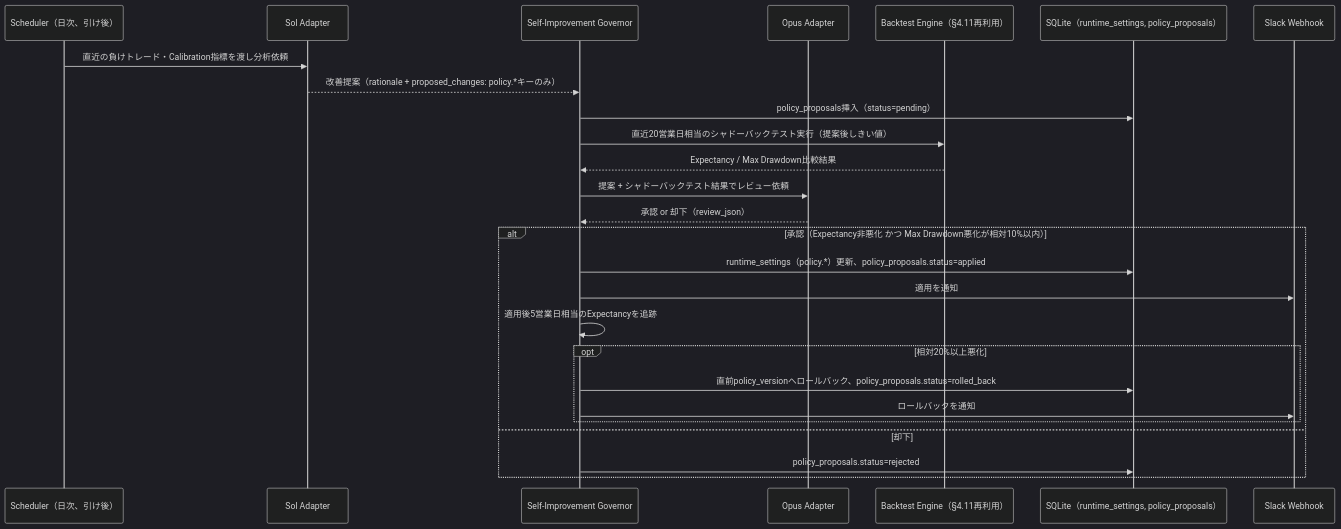
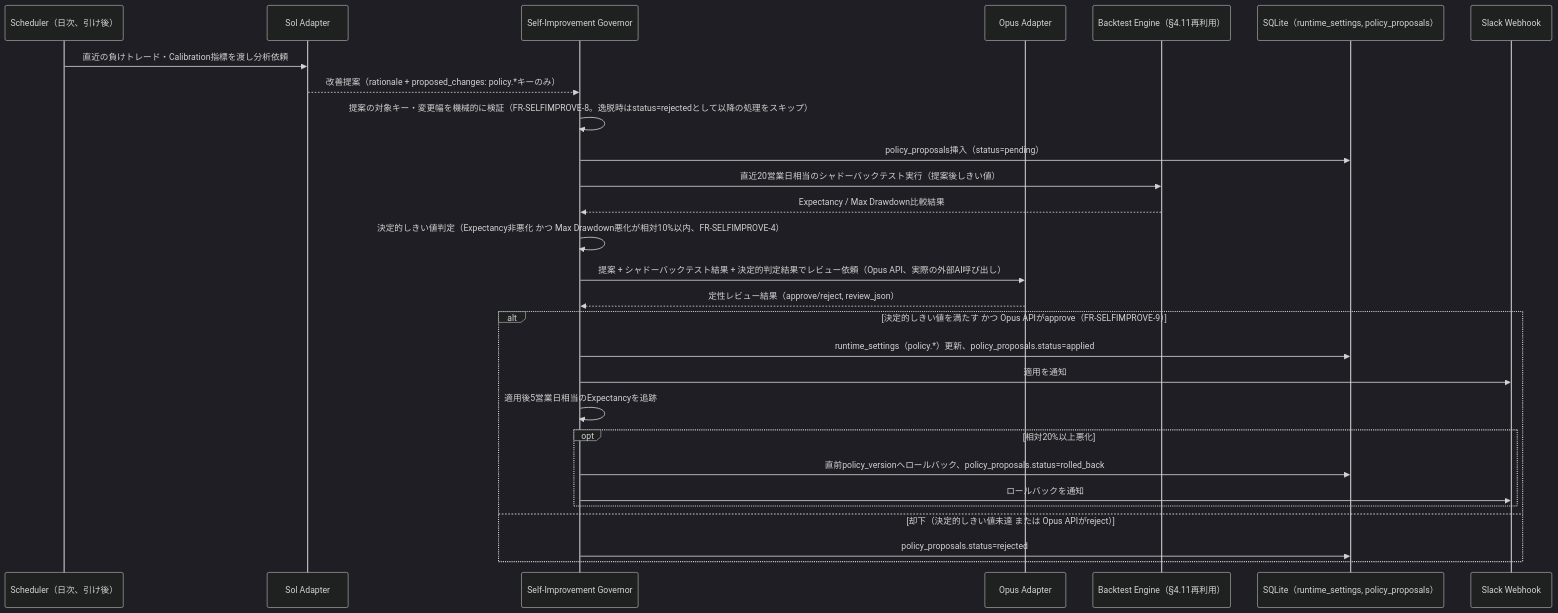
Before and after one commit to ousiassllc/pitha-trador: the second of 7 diagrams in docs/architecture/overview.md, drawn with Mermaid (dark theme). The commit also changed other lines of this file and 4 other files, not shown here.

````diff
--- a/docs/architecture/overview.md
+++ b/docs/architecture/overview.md
@@ -183,29 +184,31 @@
 ```mermaid
 sequenceDiagram
     participant SCHED as Scheduler（日次、引け後）
     participant SOL as Sol Adapter
     participant GOV as Self-Improvement Governor
     participant OPUS as Opus Adapter
     participant BT as Backtest Engine（§4.11再利用）
     participant DB as SQLite（runtime_settings, policy_proposals）
     participant SLACK as Slack Webhook
 
     SCHED->>SOL: 直近の負けトレード・Calibration指標を渡し分析依頼
     SOL-->>GOV: 改善提案（rationale + proposed_changes: policy.*キーのみ）
+    GOV->>GOV: 提案の対象キー・変更幅を機械的に検証（FR-SELFIMPROVE-8。逸脱時はstatus=rejectedとして以降の処理をスキップ）
     GOV->>DB: policy_proposals挿入（status=pending）
     GOV->>BT: 直近20営業日相当のシャドーバックテスト実行（提案後しきい値）
     BT-->>GOV: Expectancy / Max Drawdown比較結果
-    GOV->>OPUS: 提案 + シャドーバックテスト結果でレビュー依頼
-    OPUS-->>GOV: 承認 or 却下（review_json）
-    alt 承認（Expectancy非悪化 かつ Max Drawdown悪化が相対10%以内）
+    GOV->>GOV: 決定的しきい値判定（Expectancy非悪化 かつ Max Drawdown悪化が相対10%以内、FR-SELFIMPROVE-4）
+    GOV->>OPUS: 提案 + シャドーバックテスト結果 + 決定的判定結果でレビュー依頼（Opus API、実際の外部AI呼び出し）
+    OPUS-->>GOV: 定性レビュー結果（approve/reject, review_json）
+    alt 決定的しきい値を満たす かつ Opus APIがapprove（FR-SELFIMPROVE-9）
         GOV->>DB: runtime_settings（policy.*）更新、policy_proposals.status=applied
         GOV->>SLACK: 適用を通知
         GOV->>GOV: 適用後5営業日相当のExpectancyを追跡
         opt 相対20%以上悪化
             GOV->>DB: 直前policy_versionへロールバック、policy_proposals.status=rolled_back
             GOV->>SLACK: ロールバックを通知
         end
-    else 却下
+    else 却下（決定的しきい値未達 または Opus APIがreject）
         GOV->>DB: policy_proposals.status=rejected
     end
 ```
````
